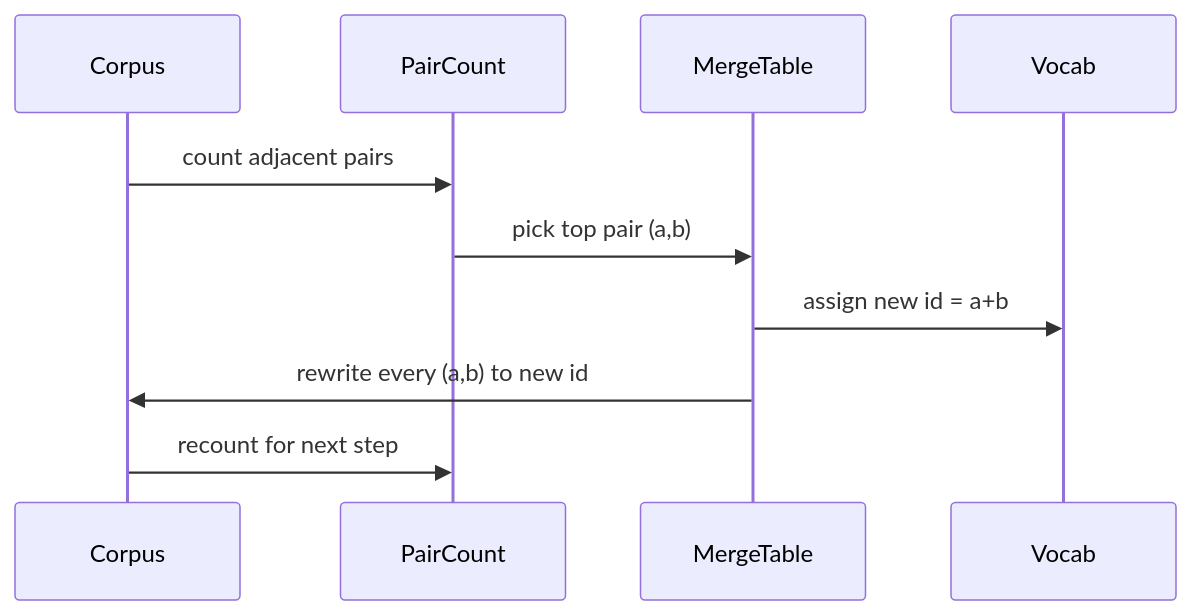
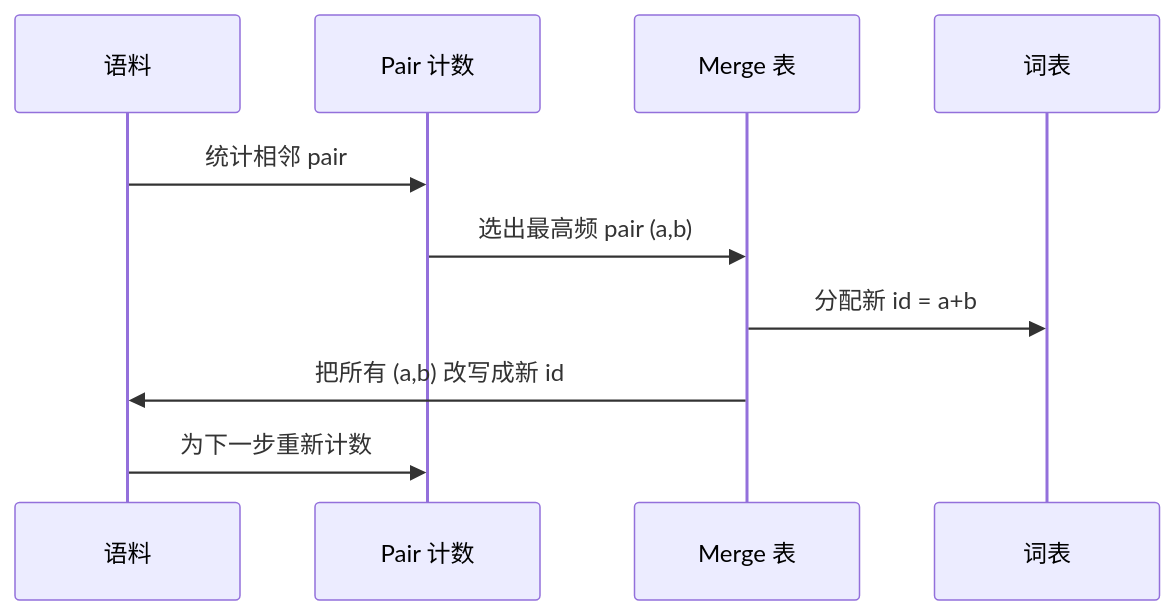
The second of 2 diagrams in phases/19-capstone-projects/30-bpe-tokenizer-from-scratch/docs/zh.md (alessandrodinisio-ai/ai-engineering-learning-framework), drawn with Mermaid before and after one commit. The commit also changed other lines of this file and 120 other files, not shown here.

First line of the commit message:
i18n(mermaid): 337 个 mermaid 图表标签中文化

````diff
--- a/phases/19-capstone-projects/30-bpe-tokenizer-from-scratch/docs/zh.md
+++ b/phases/19-capstone-projects/30-bpe-tokenizer-from-scratch/docs/zh.md
@@ -53,12 +53,12 @@
 ```mermaid
 sequenceDiagram
-    participant Corpus
-    participant PairCount
-    participant MergeTable
-    participant Vocab
-    Corpus->>PairCount: count adjacent pairs
-    PairCount->>MergeTable: pick top pair (a,b)
-    MergeTable->>Vocab: assign new id = a+b
-    MergeTable->>Corpus: rewrite every (a,b) to new id
-    Corpus->>PairCount: recount for next step
+    participant Corpus as 语料
+    participant PairCount as Pair 计数
+    participant MergeTable as Merge 表
+    participant Vocab as 词表
+    Corpus->>PairCount: 统计相邻 pair
+    PairCount->>MergeTable: 选出最高频 pair (a,b)
+    MergeTable->>Vocab: 分配新 id = a+b
+    MergeTable->>Corpus: 把所有 (a,b) 改写成新 id
+    Corpus->>PairCount: 为下一步重新计数
 ```
````
